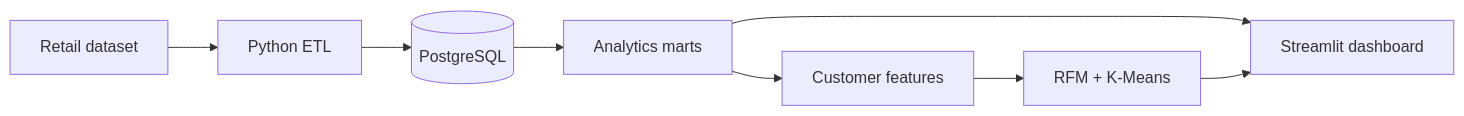
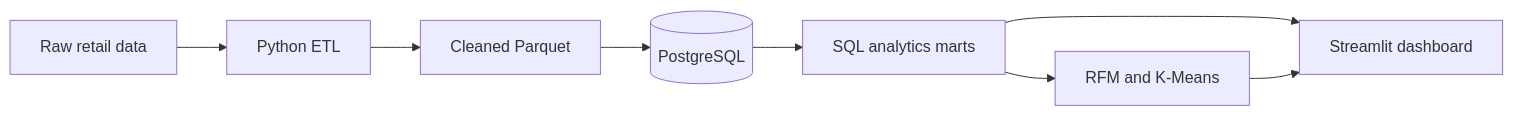
The diagram in README.md (Vu-Viet-Phong/Vu-Viet-Phong), drawn with Mermaid before and after one commit. The commit also changed other lines of this file, not shown here.

````diff
--- a/README.md
+++ b/README.md
@@ -76,10 +69,10 @@
 ```mermaid
 flowchart LR
-    A[Retail dataset] --> B[Python ETL]
-    B --> C[(PostgreSQL)]
-    C --> D[Analytics marts]
-    D --> E[Customer features]
-    E --> F[RFM + K-Means]
-    D --> G[Streamlit dashboard]
+    A[Raw retail data] --> B[Python ETL]
+    B --> C[Cleaned Parquet]
+    C --> D[(PostgreSQL)]
+    D --> E[SQL analytics marts]
+    E --> F[RFM and K-Means]
+    E --> G[Streamlit dashboard]
     F --> G
 ```
````
